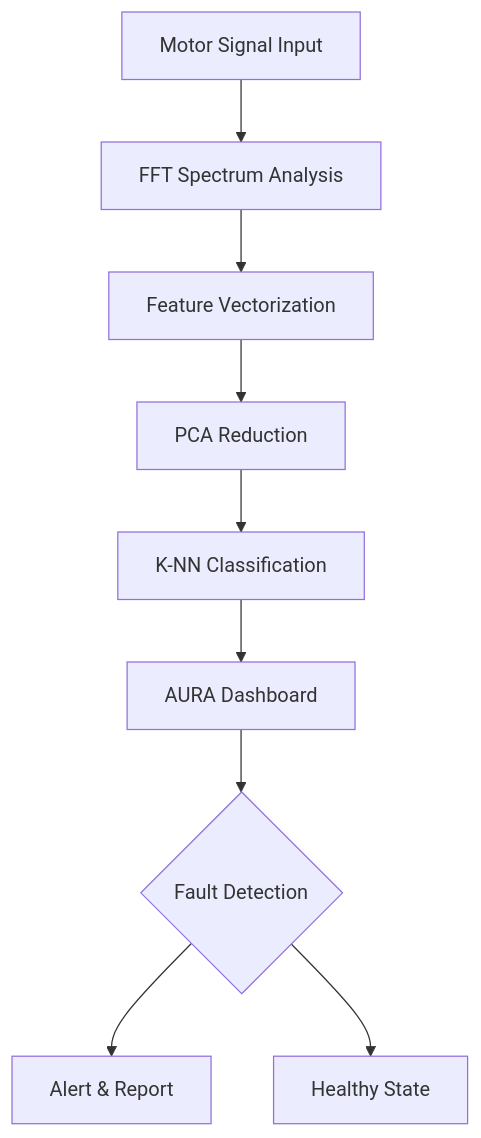
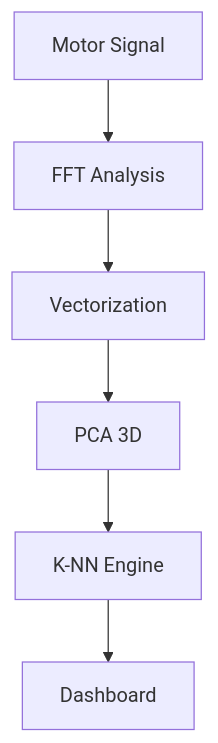
Before and after one commit to bilalahmed251/Motor-Fault-Diagnosis-Machine-Learning-Project: the diagram in README.md, drawn with Mermaid.

Commit message:
Simplify project architecture diagram in README

````diff
--- a/README.md
+++ b/README.md
@@ -47,11 +47,8 @@
 ```mermaid
 graph TD
-    A[Motor Signal Input] --> B[FFT Spectrum Analysis]
-    B --> C[Feature Vectorization]
-    C --> D[PCA Reduction]
-    D --> E[K-NN Classification]
-    E --> F[AURA Dashboard]
-    F --> G{Fault Detection}
-    G --> H[Alert & Report]
-    G --> I[Healthy State]
+    A[Motor Signal] --> B[FFT Analysis]
+    B --> C[Vectorization]
+    C --> D[PCA 3D]
+    D --> E[K-NN Engine]
+    E --> F[Dashboard]
 ```
````
